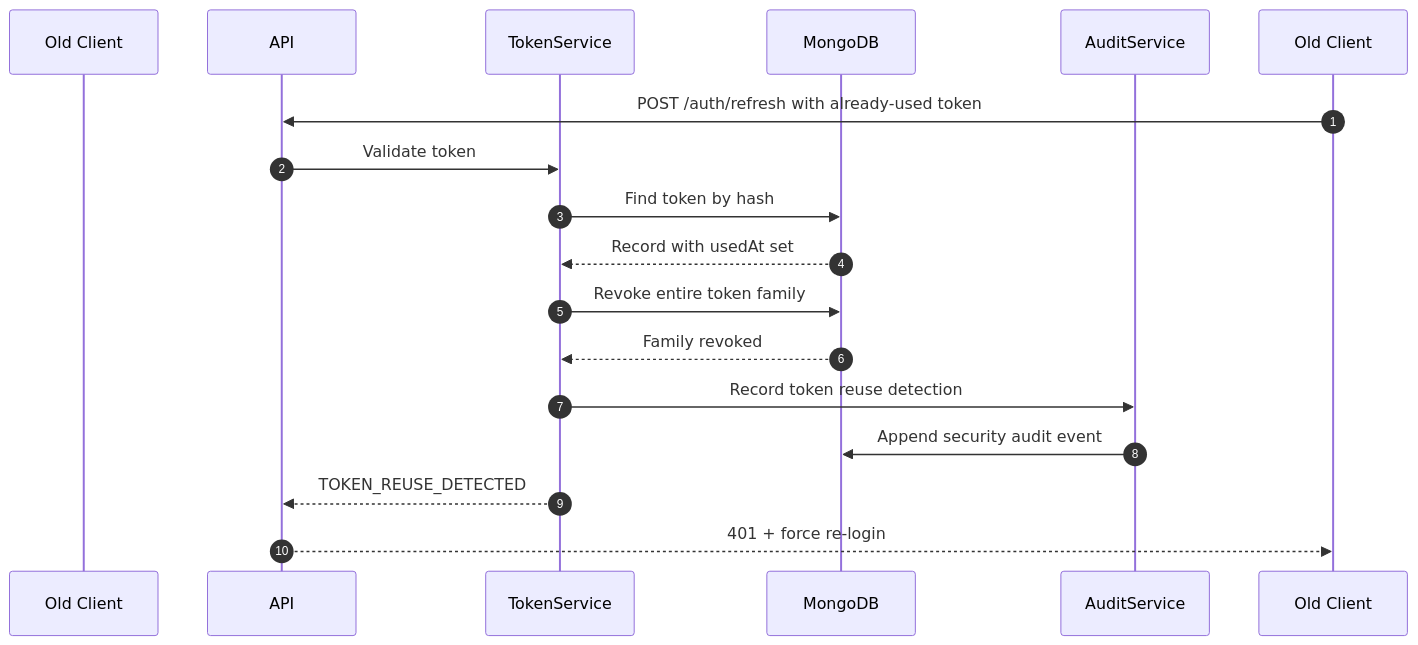
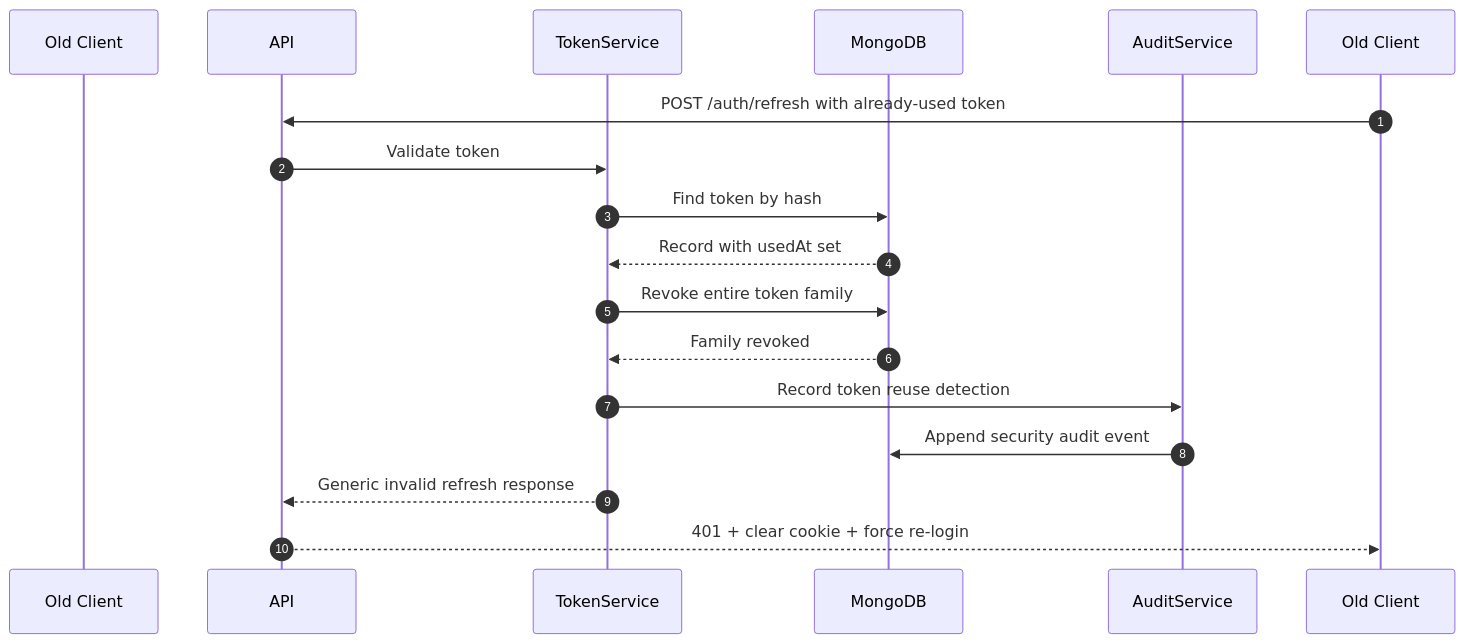
The fourth of 37 diagrams in docs/12_SEQUENCE_DIAGRAMS.md (tarun5004/ProxyAi), drawn with Mermaid before and after one commit. The commit also changed 8 other files, not shown here.

Commit message:
feat(auth): add refresh token rotation

````diff
--- a/docs/12_SEQUENCE_DIAGRAMS.md
+++ b/docs/12_SEQUENCE_DIAGRAMS.md
@@ -265,20 +265,20 @@
 ```mermaid
 sequenceDiagram
     autonumber
     participant AttackerOrOldClient as Old Client
     participant API
     participant TokenService
     participant MongoDB
     participant AuditService
 
     Old Client->>API: POST /auth/refresh with already-used token
     API->>TokenService: Validate token
     TokenService->>MongoDB: Find token by hash
     MongoDB-->>TokenService: Record with usedAt set
     TokenService->>MongoDB: Revoke entire token family
     MongoDB-->>TokenService: Family revoked
     TokenService->>AuditService: Record token reuse detection
     AuditService->>MongoDB: Append security audit event
-    TokenService-->>API: TOKEN_REUSE_DETECTED
-    API-->>Old Client: 401 + force re-login
+        TokenService-->>API: Generic invalid refresh response
+        API-->>Old Client: 401 + clear cookie + force re-login
 ```
````
